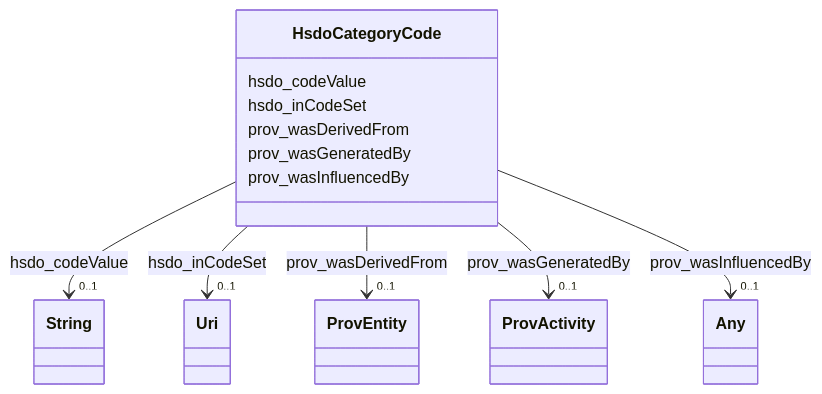
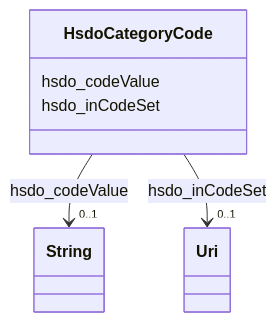
The diagram in dream-kg/classes/HsdoCategoryCode.md (frink-okn/graph-descriptions), drawn with Mermaid before and after one commit. The commit also changed other lines of this file and 47 other files, not shown here.

````diff
--- a/dream-kg/classes/HsdoCategoryCode.md
+++ b/dream-kg/classes/HsdoCategoryCode.md
@@ -19,51 +19,24 @@
 ```mermaid
  classDiagram
     class HsdoCategoryCode
     click HsdoCategoryCode href "../HsdoCategoryCode"
       HsdoCategoryCode : hsdo_codeValue
         
           
     
     
     HsdoCategoryCode --> "0..1" String : hsdo_codeValue
     click String href "../String"
 
         
       HsdoCategoryCode : hsdo_inCodeSet
         
           
     
     
     HsdoCategoryCode --> "0..1" Uri : hsdo_inCodeSet
     click Uri href "../Uri"
 
         
-      HsdoCategoryCode : prov_wasDerivedFrom
-        
-          
-    
-    
-    HsdoCategoryCode --> "0..1" ProvEntity : prov_wasDerivedFrom
-    click ProvEntity href "../ProvEntity"
-
-        
-      HsdoCategoryCode : prov_wasGeneratedBy
-        
-          
-    
-    
-    HsdoCategoryCode --> "0..1" ProvActivity : prov_wasGeneratedBy
-    click ProvActivity href "../ProvActivity"
-
-        
-      HsdoCategoryCode : prov_wasInfluencedBy
-        
-          
-    
-    
-    HsdoCategoryCode --> "0..1" Any : prov_wasInfluencedBy
-    click Any href "../Any"
-
-        
       
 ```
````
